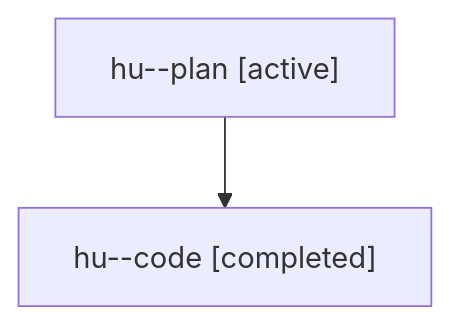
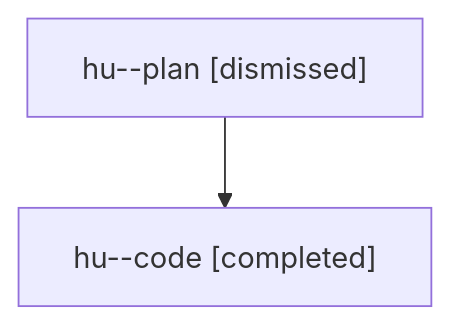
The diagram in sessions/bbugyi200.athena.hu.md (sase-org/sase--agents), drawn with Mermaid before and after one commit. The commit also changed other lines of this file and 39 other files, not shown here.

````diff
--- a/sessions/bbugyi200.athena.hu.md
+++ b/sessions/bbugyi200.athena.hu.md
@@ -9,6 +9,6 @@
 ```mermaid
 flowchart TD
-  n0["hu--plan [active]"]
+  n0["hu--plan [dismissed]"]
   n1["hu--code [completed]"]
   n0 --> n1
 ```
````
